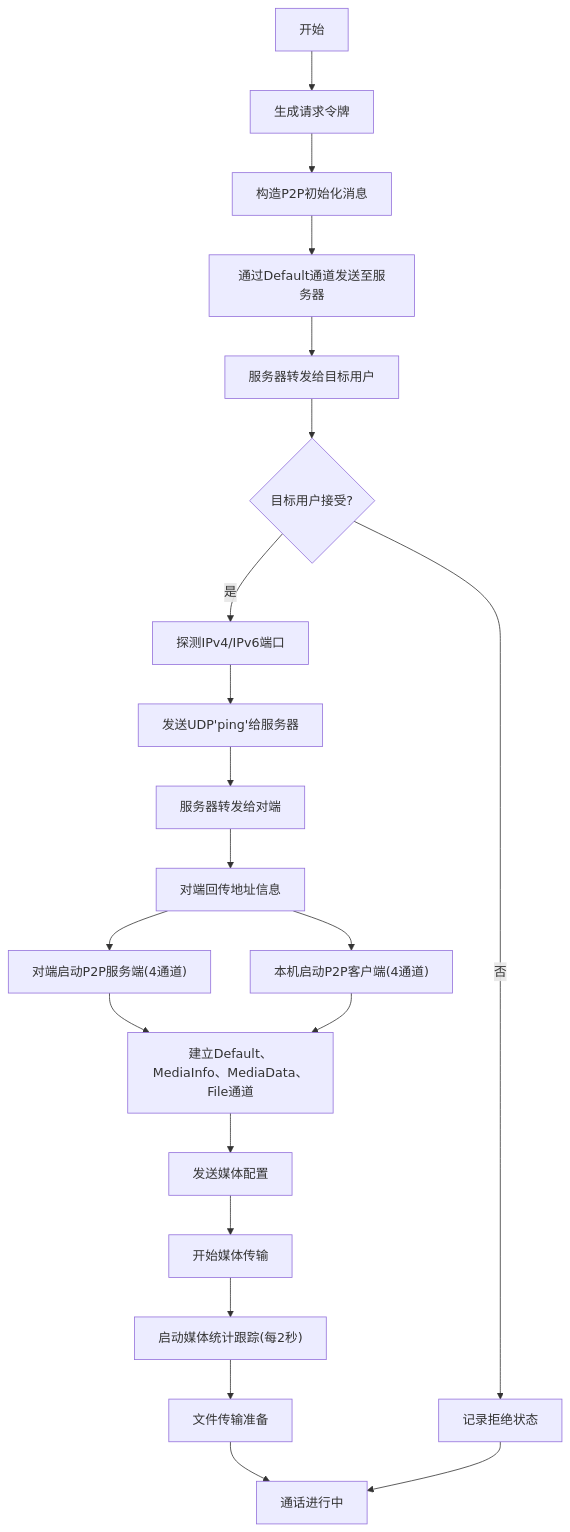
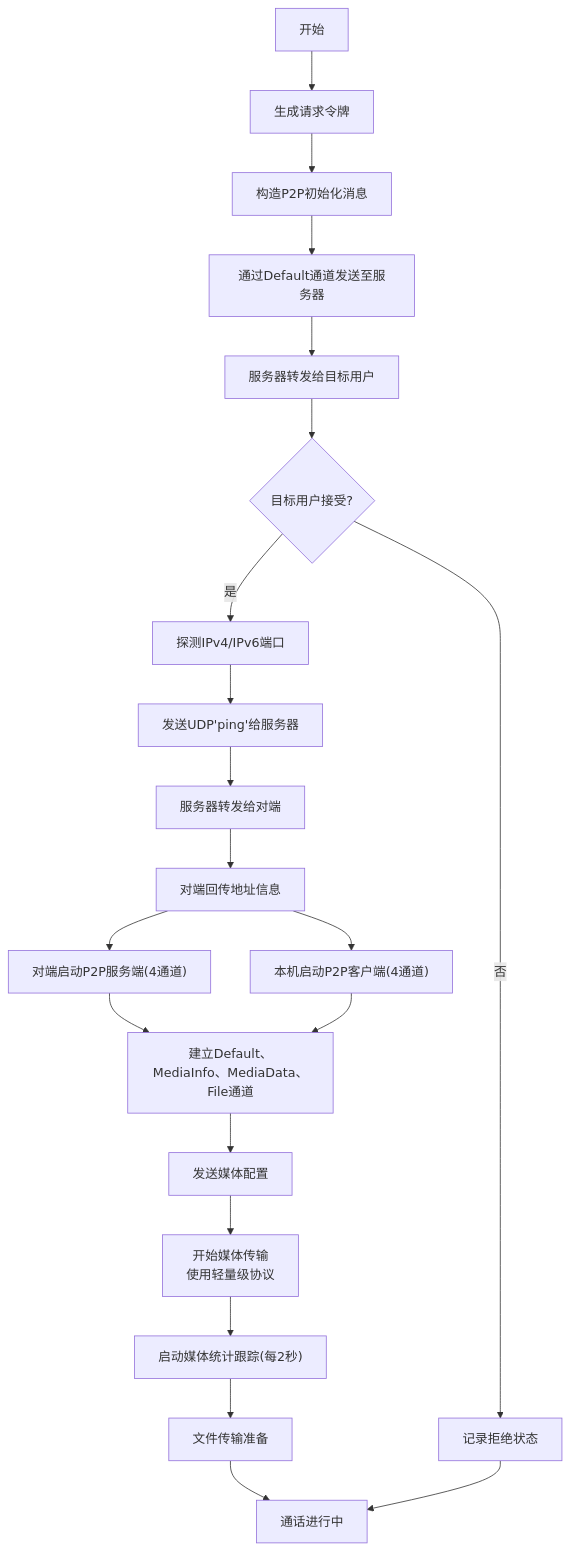
Diagram 14 of 17 in .qoder/repowiki/zh/content/后端服务/P2P服务.md (nicolastinger/only-talk-app), drawn with Mermaid before and after one commit. The commit also changed other lines of this file and 5 other files, not shown here.

````diff
--- a/.qoder/repowiki/zh/content/后端服务/P2P服务.md
+++ b/.qoder/repowiki/zh/content/后端服务/P2P服务.md
@@ -792,23 +854,23 @@
 ```mermaid
 flowchart TD
 S["开始"] --> GenToken["生成请求令牌"]
 GenToken --> BuildMsg["构造P2P初始化消息"]
 BuildMsg --> SendToSrv["通过Default通道发送至服务器"]
 SendToSrv --> RecvFromSrv["服务器转发给目标用户"]
 RecvFromSrv --> Accept{"目标用户接受?"}
 Accept -- 否 --> Reject["记录拒绝状态"]
 Accept -- 是 --> Detect["探测IPv4/IPv6端口"]
 Detect --> UDPPing["发送UDP'ping'给服务器"]
 UDPPing --> SrvFwd["服务器转发给对端"]
 SrvFwd --> AddrBack["对端回传地址信息"]
 AddrBack --> RunSrv["对端启动P2P服务端(4通道)"]
 AddrBack --> RunCli["本机启动P2P客户端(4通道)"]
 RunSrv --> Establish["建立Default、MediaInfo、MediaData、File通道"]
 RunCli --> Establish
 Establish --> SendCfg["发送媒体配置"]
-SendCfg --> StartMedia["开始媒体传输"]
+SendCfg --> StartMedia["开始媒体传输<br/>使用轻量级协议"]
 StartMedia --> StartStats["启动媒体统计跟踪(每2秒)"]
 StartStats --> FileTrans["文件传输准备"]
 FileTrans --> End["通话进行中"]
 Reject --> End
 ```
````
